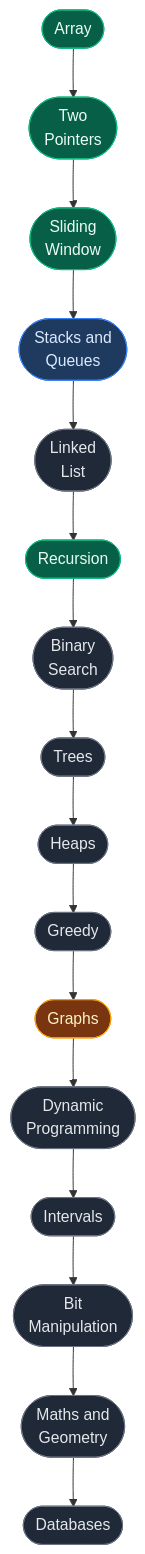
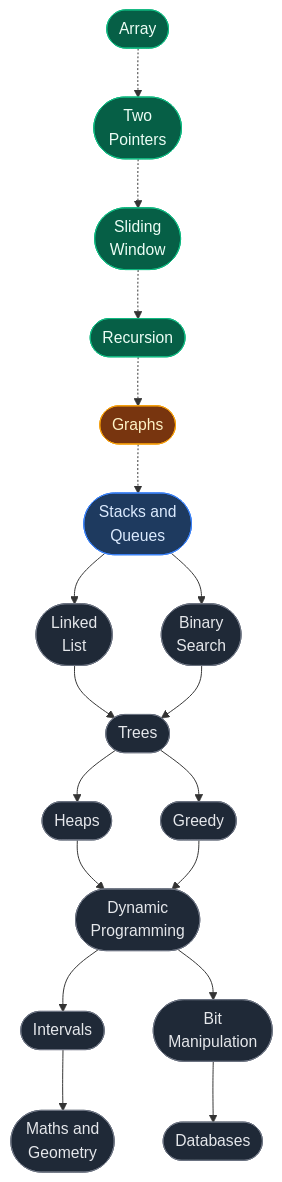
Before and after one commit to ajay-nikumbh/dsa-notes: the second of 2 diagrams in README.md, drawn with Mermaid.

Commit message:
Restore curved fan-out roadmap UI, standard topic order in the branches

````diff
--- a/README.md
+++ b/README.md
@@ -52,23 +52,26 @@
 ```mermaid
 flowchart TD
-    A(["Array"]):::done --> B(["Two<br/>Pointers"]):::done
-    B --> C(["Sliding<br/>Window"]):::done
-    C --> D(["Stacks and<br/>Queues"]):::next
-    D --> E(["Linked<br/>List"]):::todo
-    E --> F(["Recursion"]):::done
-    F --> G(["Binary<br/>Search"]):::todo
-    G --> H(["Trees"]):::todo
-    H --> I(["Heaps"]):::todo
-    I --> J(["Greedy"]):::todo
-    J --> K(["Graphs"]):::inprog
-    K --> L(["Dynamic<br/>Programming"]):::todo
+    A(["Array"]):::done -.-> B(["Two<br/>Pointers"]):::done
+    B -.-> C(["Sliding<br/>Window"]):::done
+    C -.-> D(["Recursion"]):::done
+    D -.-> E(["Graphs"]):::inprog
+    E -.-> F(["Stacks and<br/>Queues"]):::next
+
+    F --> G(["Linked<br/>List"]):::todo
+    F --> H(["Binary<br/>Search"]):::todo
+    G --> I(["Trees"]):::todo
+    H --> I
+    I --> J(["Heaps"]):::todo
+    I --> K(["Greedy"]):::todo
+    J --> L(["Dynamic<br/>Programming"]):::todo
+    K --> L
     L --> M(["Intervals"]):::todo
-    M --> N(["Bit<br/>Manipulation"]):::todo
-    N --> O(["Maths and<br/>Geometry"]):::todo
-    O --> P(["Databases"]):::todo
+    L --> N(["Bit<br/>Manipulation"]):::todo
+    M --> O(["Maths and<br/>Geometry"]):::todo
+    N --> P(["Databases"]):::todo
 
     classDef done fill:#065f46,stroke:#10b981,color:#ecfdf5
     classDef inprog fill:#78350f,stroke:#f59e0b,color:#fef3c7
     classDef next fill:#1e3a5f,stroke:#3b82f6,color:#dbeafe
     classDef todo fill:#1f2937,stroke:#6b7280,color:#e5e7eb
 ```
````
